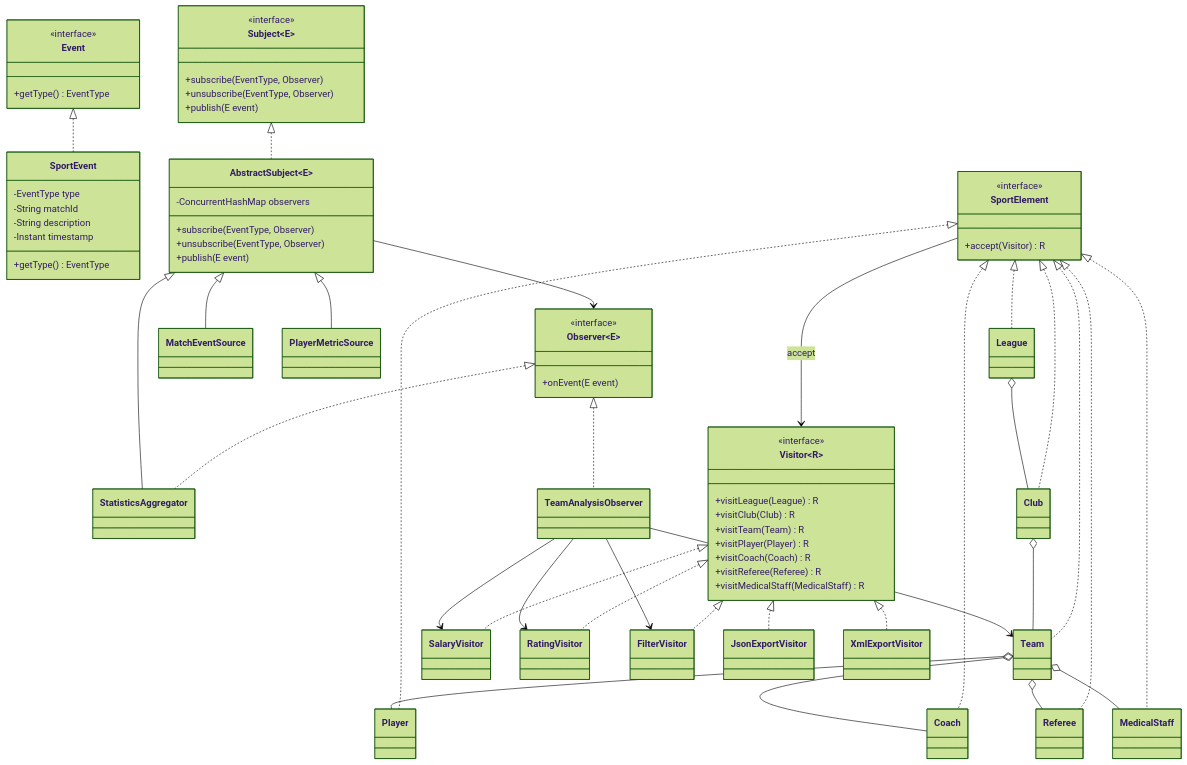
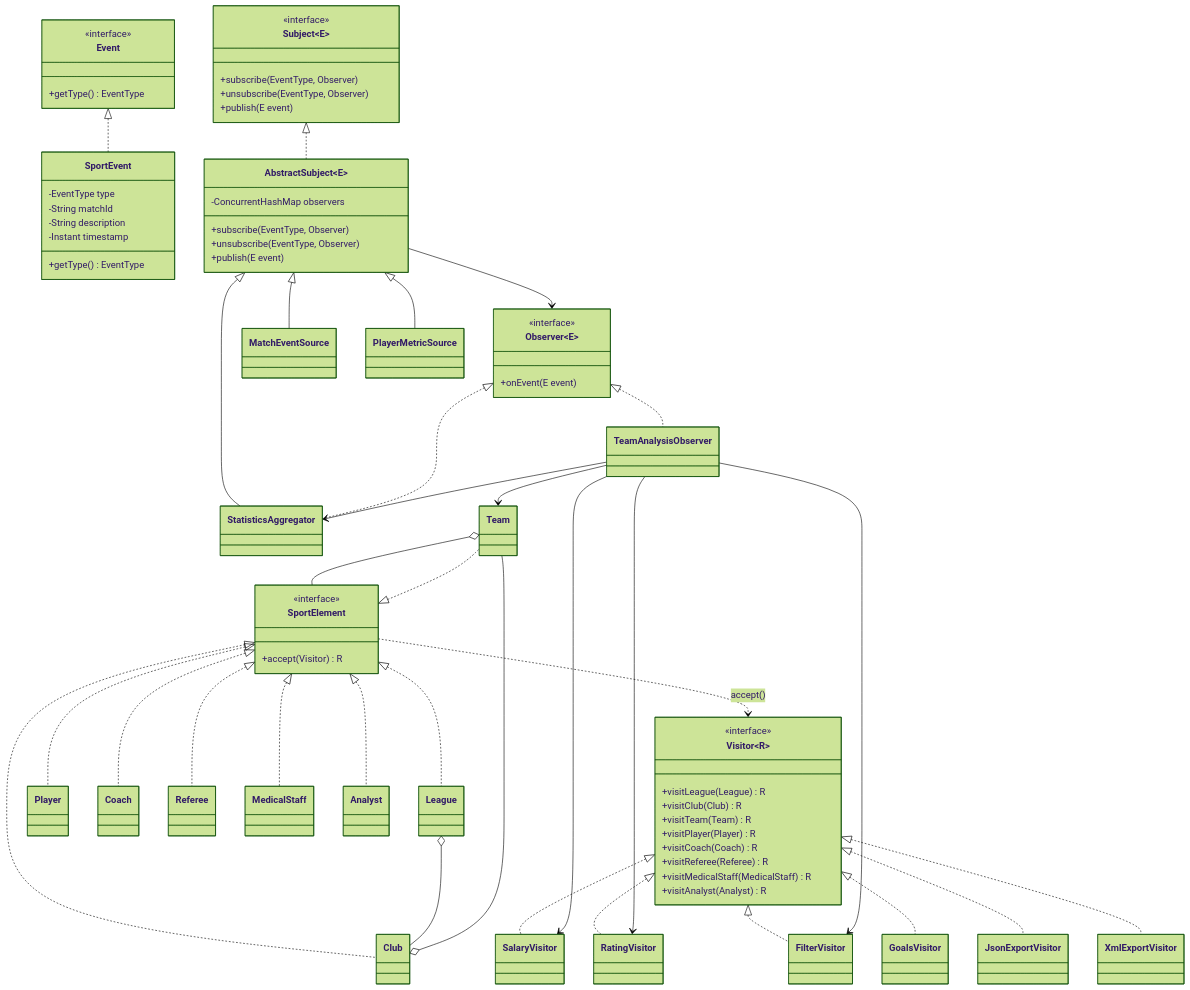
Before and after one commit to alina7-p/LiveSportsSystem: the diagram in UML_Diagram.md, drawn with Mermaid (forest theme).

Commit message:
Add UML class diagram for Observer and Visitor patterns

````diff
--- a/UML_Diagram.md
+++ b/UML_Diagram.md
@@ -3,5 +3,6 @@
 ```mermaid
 classDiagram
+    direction TB
 
     class Event {
         <<interface>>
@@ -15,6 +16,8 @@
         -Instant timestamp
         +getType() EventType
     }
+
+    Event <|.. SportEvent
 
     class Observer~E~ {
         <<interface>>
@@ -40,13 +43,13 @@
     class StatisticsAggregator
     class TeamAnalysisObserver
 
-    Event <|.. SportEvent
-    Observer <|.. StatisticsAggregator
-    Observer <|.. TeamAnalysisObserver
     Subject <|.. AbstractSubject
     AbstractSubject <|-- MatchEventSource
     AbstractSubject <|-- PlayerMetricSource
     AbstractSubject <|-- StatisticsAggregator
+
+    Observer <|.. StatisticsAggregator
+    Observer <|.. TeamAnalysisObserver
     AbstractSubject --> Observer
 
     class SportElement {
@@ -61,6 +64,7 @@
     class Coach
     class Referee
     class MedicalStaff
+    class Analyst
 
     SportElement <|.. League
     SportElement <|.. Club
@@ -69,13 +73,11 @@
     SportElement <|.. Coach
     SportElement <|.. Referee
     SportElement <|.. MedicalStaff
+    SportElement <|.. Analyst
 
     League o-- Club
     Club o-- Team
-    Team o-- Player
-    Team o-- Coach
-    Team o-- Referee
-    Team o-- MedicalStaff
+    Team o-- SportElement
 
     class Visitor~R~ {
         <<interface>>
@@ -86,24 +88,28 @@
         +visitCoach(Coach) R
         +visitReferee(Referee) R
         +visitMedicalStaff(MedicalStaff) R
+        +visitAnalyst(Analyst) R
     }
 
     class SalaryVisitor
     class RatingVisitor
     class FilterVisitor
+    class GoalsVisitor
     class JsonExportVisitor
     class XmlExportVisitor
 
     Visitor <|.. SalaryVisitor
     Visitor <|.. RatingVisitor
     Visitor <|.. FilterVisitor
+    Visitor <|.. GoalsVisitor
     Visitor <|.. JsonExportVisitor
     Visitor <|.. XmlExportVisitor
 
-    SportElement --> Visitor : accept
+    SportElement ..> Visitor : accept()
 
     TeamAnalysisObserver --> Team
     TeamAnalysisObserver --> SalaryVisitor
     TeamAnalysisObserver --> RatingVisitor
     TeamAnalysisObserver --> FilterVisitor
+    TeamAnalysisObserver --> StatisticsAggregator
 ```
````
